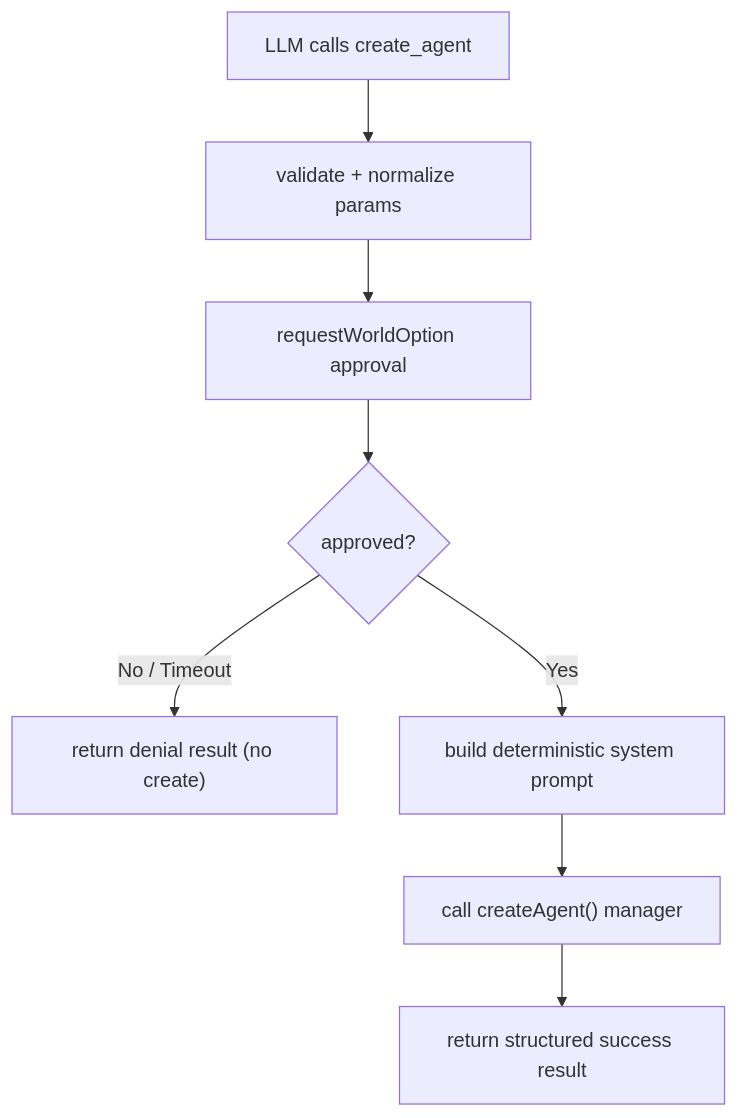
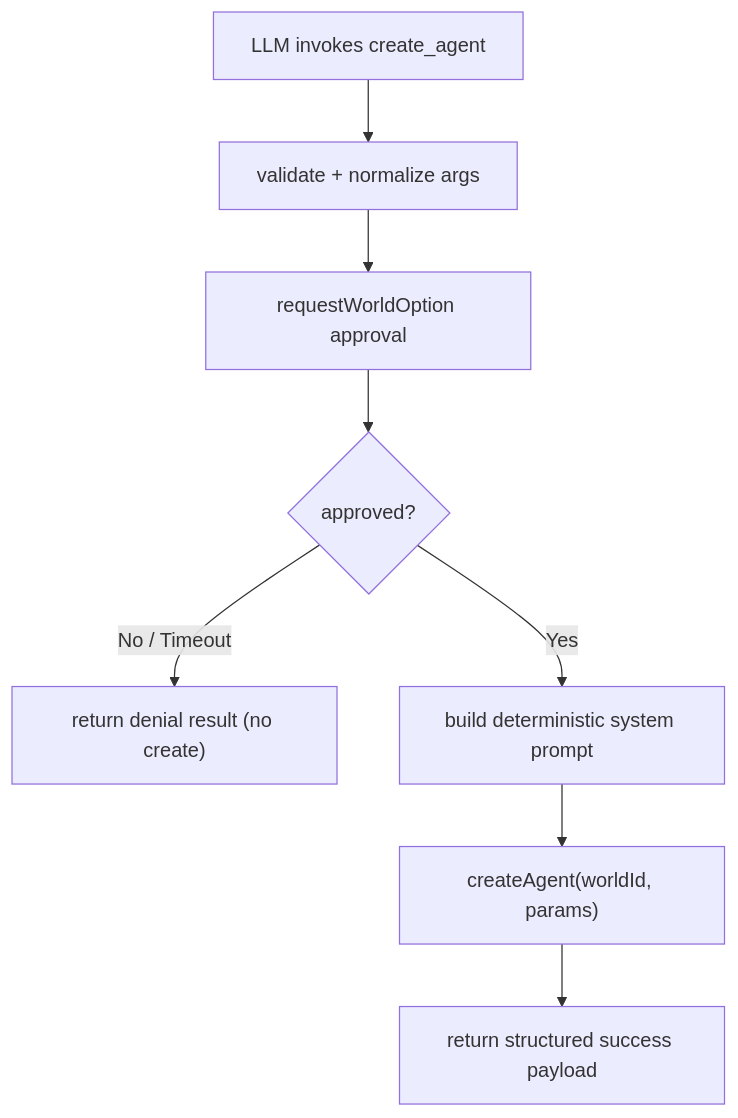
Before and after one commit to yysun/agent-world: the diagram in .docs/plans/2026-02-19/plan-create-agent-tool.md, drawn with Mermaid. The commit also changed other lines of this file and 13 other files, not shown here.

First line of the commit message:
feat: add approval-gated create_agent tool for agent creation

````diff
--- a/.docs/plans/2026-02-19/plan-create-agent-tool.md
+++ b/.docs/plans/2026-02-19/plan-create-agent-tool.md
@@ -42,10 +55,10 @@
 ```mermaid
 flowchart TD
-  A["LLM calls create_agent"] --> B["validate + normalize params"]
+  A["LLM invokes create_agent"] --> B["validate + normalize args"]
   B --> C["requestWorldOption approval"]
   C --> D{"approved?"}
   D -->|No / Timeout| E["return denial result (no create)"]
   D -->|Yes| F["build deterministic system prompt"]
-  F --> G["call createAgent() manager"]
-  G --> H["return structured success result"]
+  F --> G["createAgent(worldId, params)"]
+  G --> H["return structured success payload"]
 ```
````
